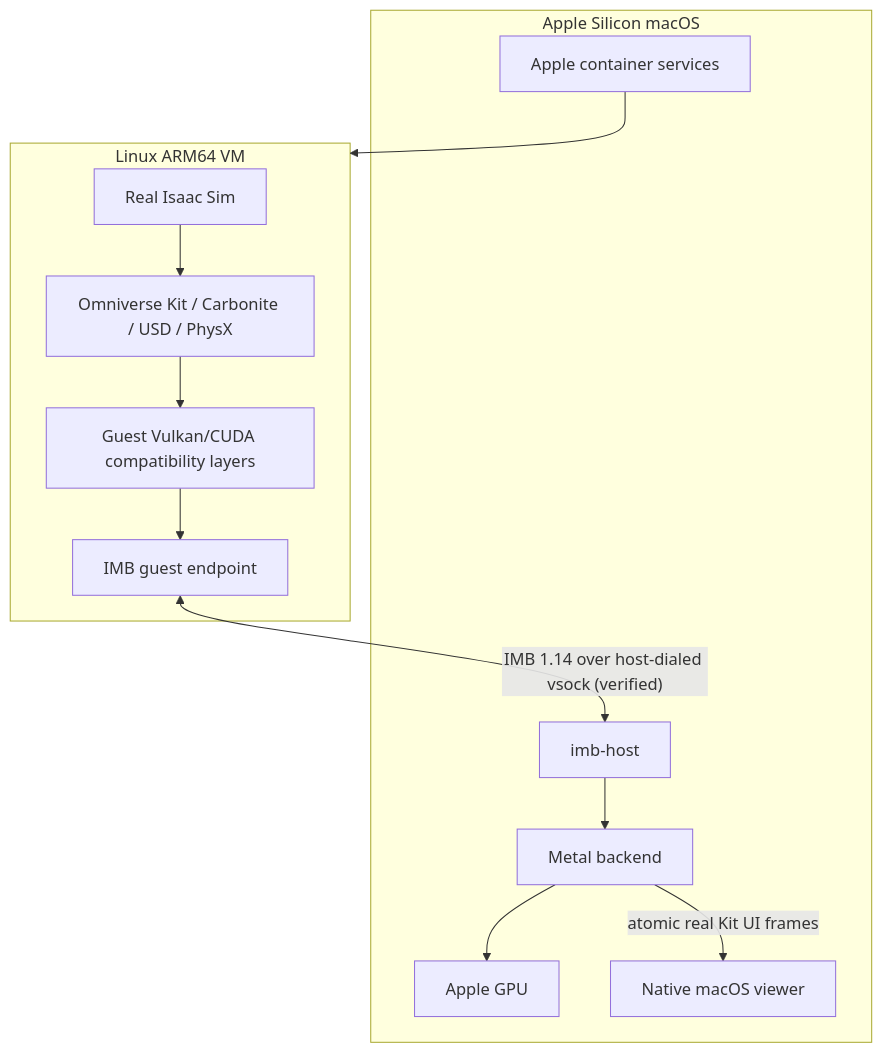
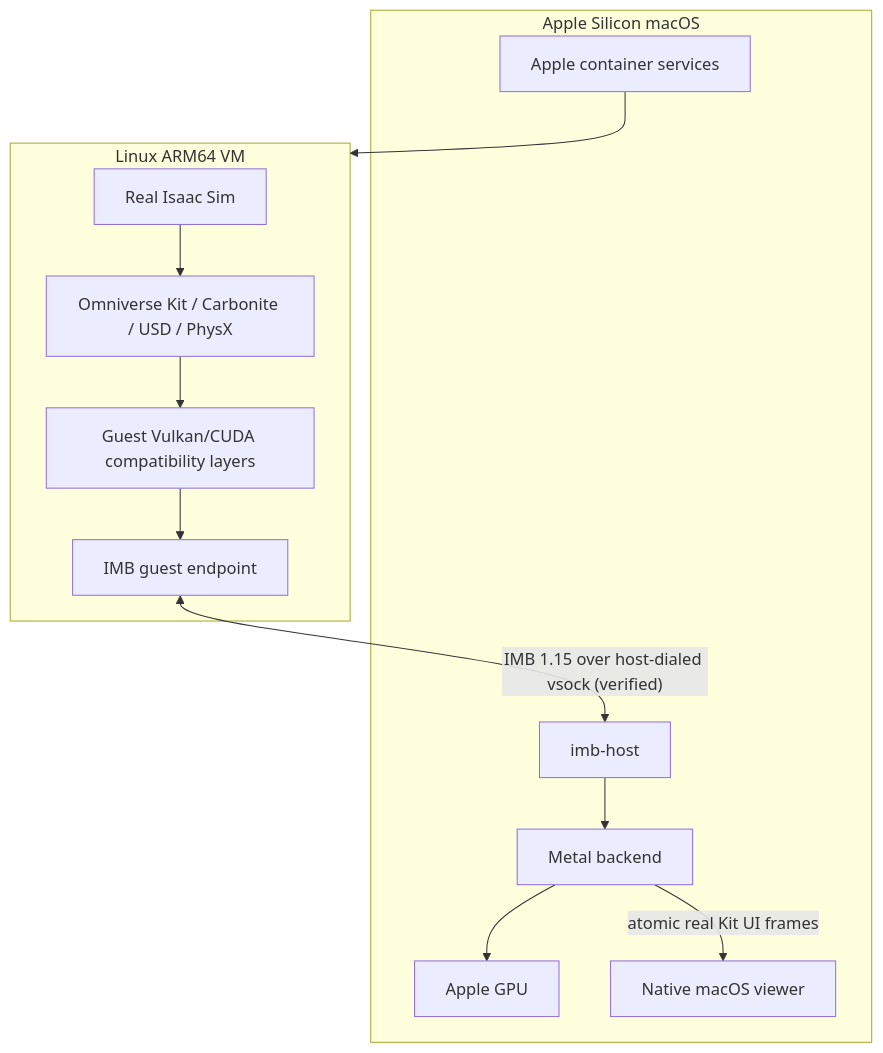
The first of 8 diagrams in docs/architecture.md (syun88/IsaacMetalBridge), drawn with Mermaid before and after one commit. The commit also changed other lines of this file and 26 other files, not shown here.

````diff
--- a/docs/architecture.md
+++ b/docs/architecture.md
@@ -10,21 +10,21 @@
 ```mermaid
 flowchart TB
   subgraph macOS["Apple Silicon macOS"]
     AC["Apple container services"]
     HB["imb-host"]
     MB["Metal backend"]
     GPU["Apple GPU"]
     VW["Native macOS viewer"]
   end
   subgraph VM["Linux ARM64 VM"]
     IS["Real Isaac Sim"]
     KIT["Omniverse Kit / Carbonite / USD / PhysX"]
     GC["Guest Vulkan/CUDA compatibility layers"]
     GP["IMB guest endpoint"]
   end
   IS --> KIT --> GC --> GP
   AC --> VM
-  GP <-->|"IMB 1.14 over host-dialed vsock (verified)"| HB
+  GP <-->|"IMB 1.15 over host-dialed vsock (verified)"| HB
   HB --> MB --> GPU
   MB -->|"atomic real Kit UI frames"| VW
 ```
````
